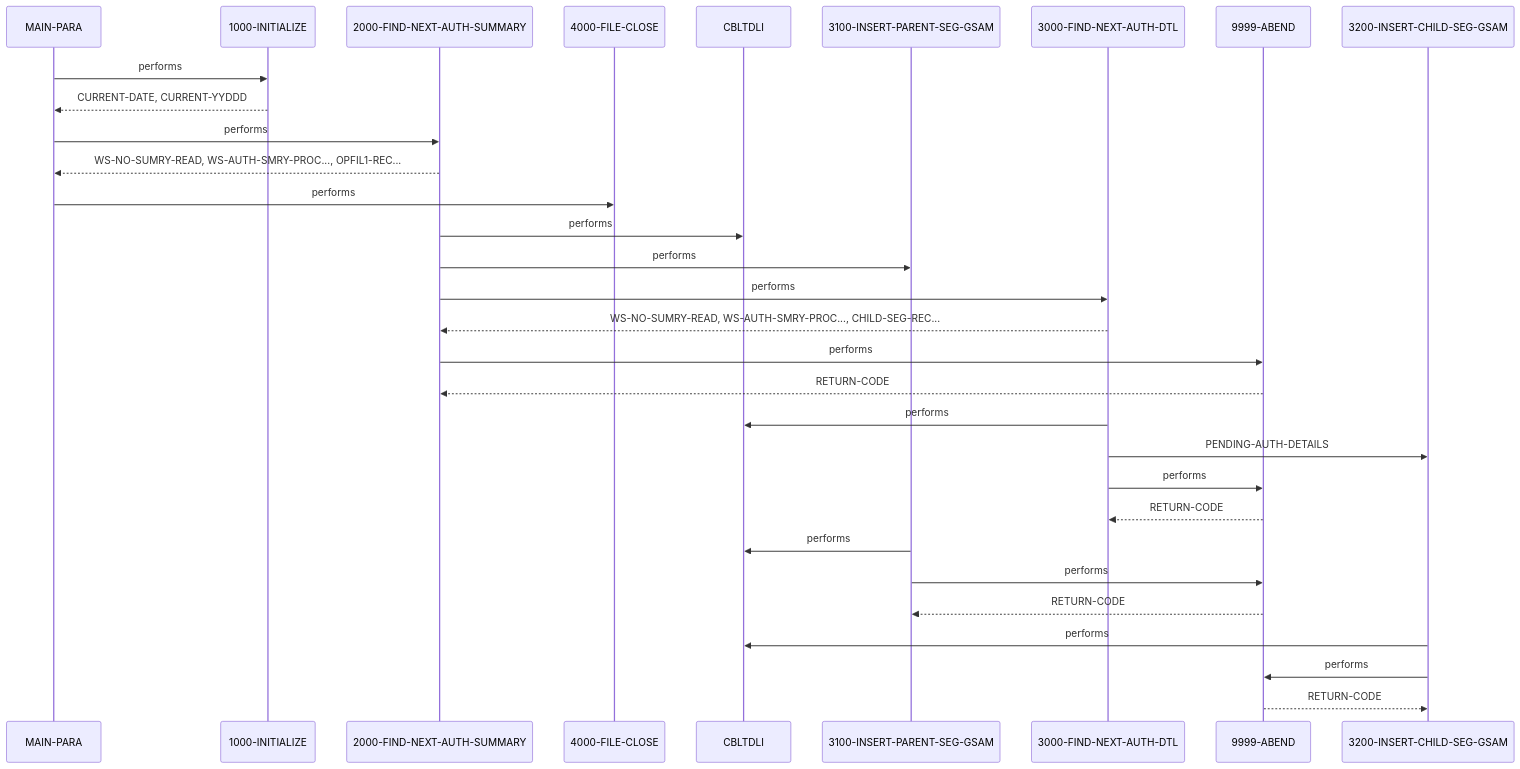
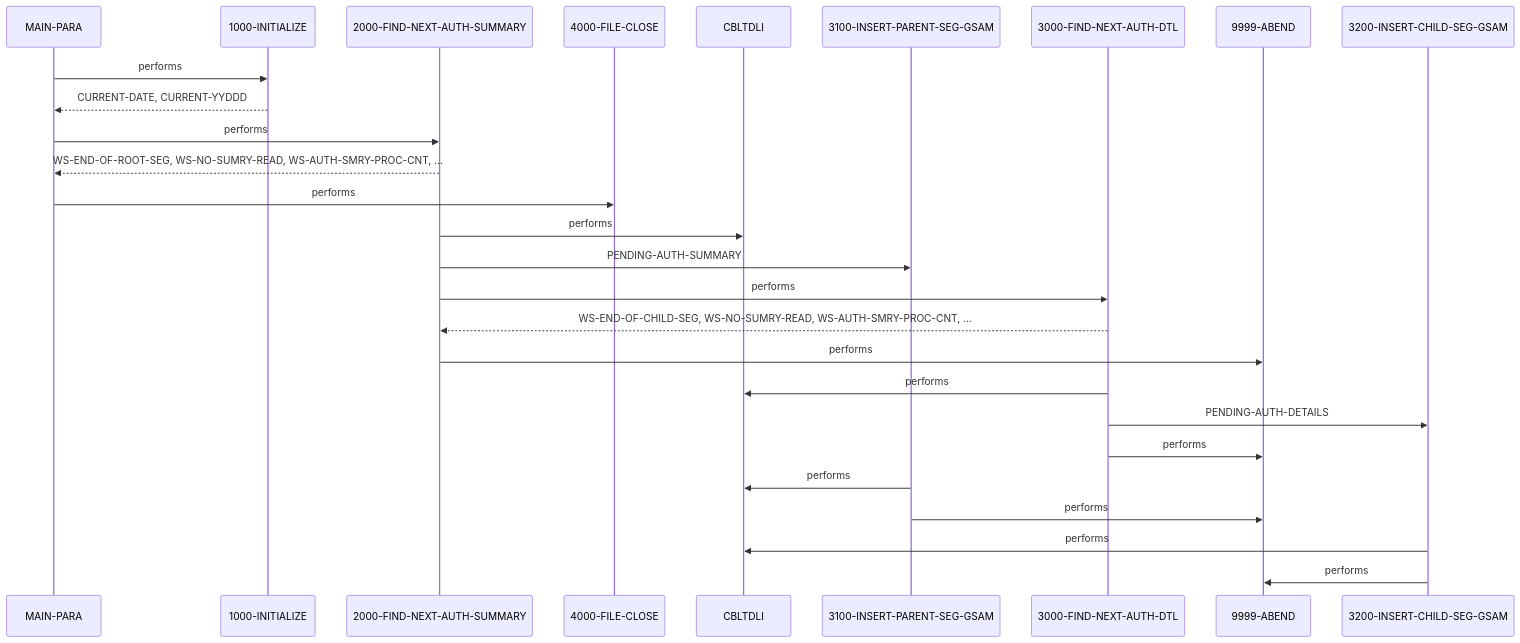
One commit to andrasfe/war_rig changed the second of 2 diagrams in example_output/documentation/cbl/DBUNLDGS.CBL.md. Above: the diagram before and after it, drawn with Mermaid. The commit also changed other lines of this file and 171 other files, not shown here.

````diff
--- a/example_output/documentation/cbl/DBUNLDGS.CBL.md
+++ b/example_output/documentation/cbl/DBUNLDGS.CBL.md
@@ -181,24 +114,20 @@
 ```mermaid
 sequenceDiagram
     MAIN-PARA->>1000-INITIALIZE: performs
     1000-INITIALIZE-->>MAIN-PARA: CURRENT-DATE, CURRENT-YYDDD
     MAIN-PARA->>2000-FIND-NEXT-AUTH-SUMMARY: performs
-    2000-FIND-NEXT-AUTH-SUMMARY-->>MAIN-PARA: WS-NO-SUMRY-READ, WS-AUTH-SMRY-PROC..., OPFIL1-REC...
+    2000-FIND-NEXT-AUTH-SUMMARY-->>MAIN-PARA: WS-END-OF-ROOT-SEG, WS-NO-SUMRY-READ, WS-AUTH-SMRY-PROC-CNT, ...
     MAIN-PARA->>4000-FILE-CLOSE: performs
     2000-FIND-NEXT-AUTH-SUMMARY->>CBLTDLI: performs
-    2000-FIND-NEXT-AUTH-SUMMARY->>3100-INSERT-PARENT-SEG-GSAM: performs
+    2000-FIND-NEXT-AUTH-SUMMARY->>3100-INSERT-PARENT-SEG-GSAM: PENDING-AUTH-SUMMARY
     2000-FIND-NEXT-AUTH-SUMMARY->>3000-FIND-NEXT-AUTH-DTL: performs
-    3000-FIND-NEXT-AUTH-DTL-->>2000-FIND-NEXT-AUTH-SUMMARY: WS-NO-SUMRY-READ, WS-AUTH-SMRY-PROC..., CHILD-SEG-REC...
+    3000-FIND-NEXT-AUTH-DTL-->>2000-FIND-NEXT-AUTH-SUMMARY: WS-END-OF-CHILD-SEG, WS-NO-SUMRY-READ, WS-AUTH-SMRY-PROC-CNT, ...
     2000-FIND-NEXT-AUTH-SUMMARY->>9999-ABEND: performs
-    9999-ABEND-->>2000-FIND-NEXT-AUTH-SUMMARY: RETURN-CODE
     3000-FIND-NEXT-AUTH-DTL->>CBLTDLI: performs
     3000-FIND-NEXT-AUTH-DTL->>3200-INSERT-CHILD-SEG-GSAM: PENDING-AUTH-DETAILS
     3000-FIND-NEXT-AUTH-DTL->>9999-ABEND: performs
-    9999-ABEND-->>3000-FIND-NEXT-AUTH-DTL: RETURN-CODE
     3100-INSERT-PARENT-SEG-GSAM->>CBLTDLI: performs
     3100-INSERT-PARENT-SEG-GSAM->>9999-ABEND: performs
-    9999-ABEND-->>3100-INSERT-PARENT-SEG-GSAM: RETURN-CODE
     3200-INSERT-CHILD-SEG-GSAM->>CBLTDLI: performs
     3200-INSERT-CHILD-SEG-GSAM->>9999-ABEND: performs
-    9999-ABEND-->>3200-INSERT-CHILD-SEG-GSAM: RETURN-CODE
 ```
````
